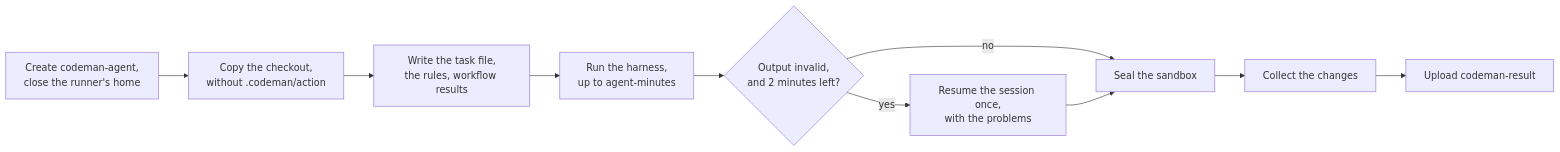
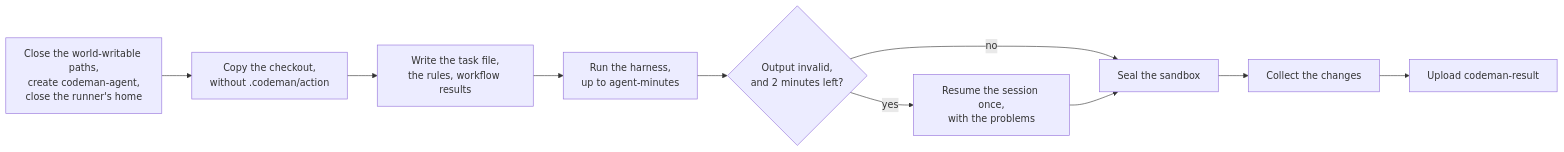
One commit to codenergy-dev/codeman changed the diagram in docs/runs/agent.md. Above: the diagram before and after it, drawn with Mermaid. The commit also changed other lines of this file and 10 other files, not shown here.

````diff
--- a/docs/runs/agent.md
+++ b/docs/runs/agent.md
@@ -20,12 +21,12 @@
 ```mermaid
 flowchart LR
-  user["Create codeman-agent,<br/>close the runner's home"] --> copy["Copy the checkout,<br/>without .codeman/action"]
+  user["Close the world-writable paths,<br/>create codeman-agent,<br/>close the runner's home"] --> copy["Copy the checkout,<br/>without .codeman/action"]
   copy --> files["Write the task file,<br/>the rules, workflow results"]
   files --> run["Run the harness,<br/>up to agent-minutes"]
   run --> check{"Output invalid,<br/>and 2 minutes left?"}
   check -->|yes| fix["Resume the session once,<br/>with the problems"]
   check -->|no| seal["Seal the sandbox"]
   fix --> seal
   seal --> collect["Collect the changes"]
   collect --> upload["Upload codeman-result"]
 ```
````
